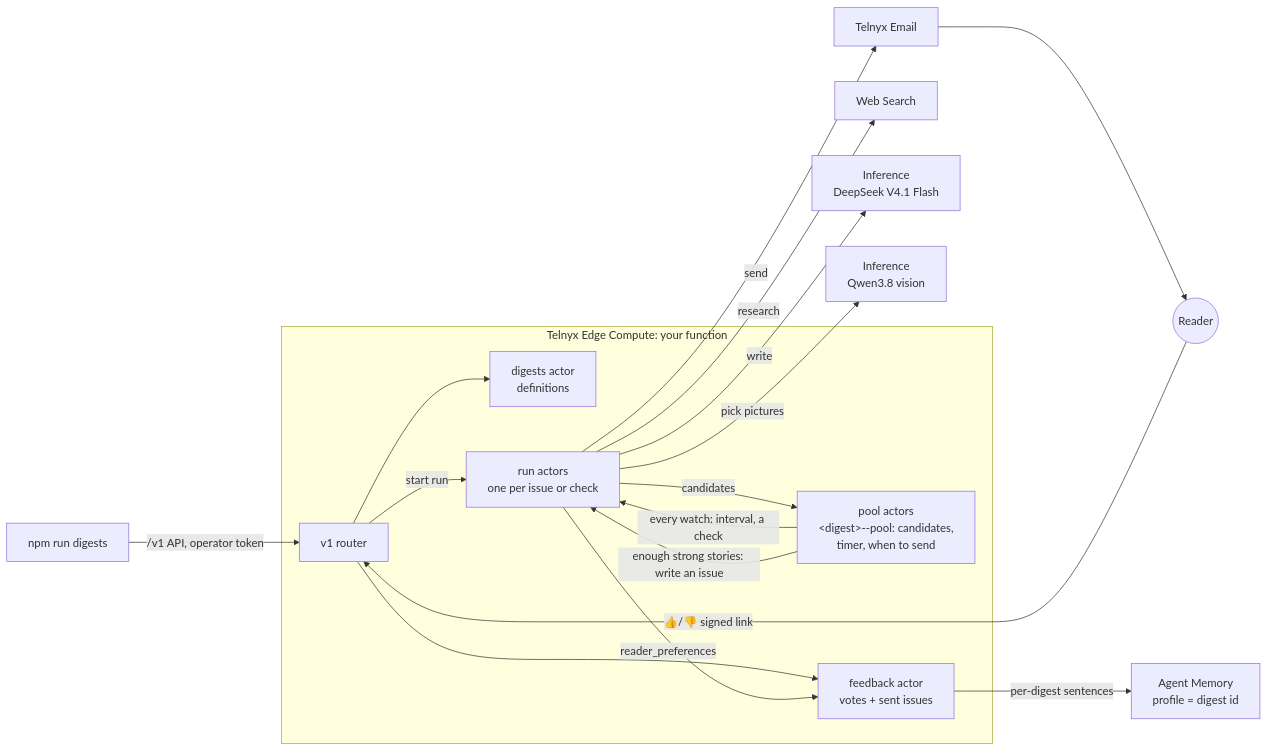
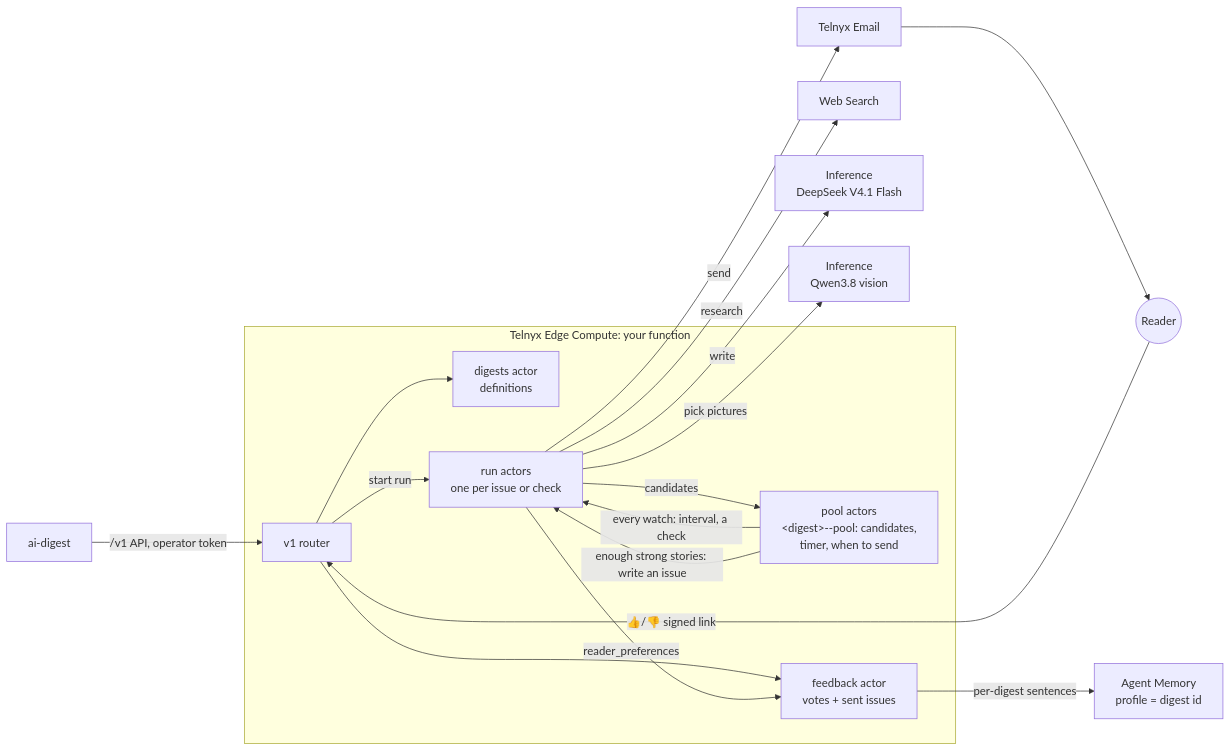
Before and after one commit to kubaodias/ai-digest: the diagram in README.md, drawn with Mermaid. The commit also changed other lines of this file and 23 other files, not shown here.

Commit message:
The ai-digest command (bin, npm link) wrapping the scripts; docs use it; Agent Memory example without "Weekly"

````diff
--- a/README.md
+++ b/README.md
@@ -67,25 +67,25 @@
 ```mermaid
 flowchart LR
-  CLI[npm run digests] -->|"/v1 API, operator token"| R
+  CLI[ai-digest] -->|"/v1 API, operator token"| R
   subgraph EC[Telnyx Edge Compute: your function]
     R[v1 router]
     D[digests actor<br/>definitions]
     A["run actors<br/>one per issue or check"]
     P["pool actors<br/>&lt;digest&gt;--pool: candidates,<br/>timer, when to send"]
     F[feedback actor<br/>votes + sent issues]
   end
   R --> D
   R -->|start run| A
   P -->|"every watch: interval, a check"| A
   A -->|candidates| P
   P -->|"enough strong stories: write an issue"| A
   A -->|research| WS[Web Search]
   A -->|write| LLM[Inference<br/>DeepSeek V4.1 Flash]
   A -->|pick pictures| V[Inference<br/>Qwen3.8 vision]
   A -->|send| EM[Telnyx Email]
   EM --> Reader((Reader))
   Reader -->|"👍/👎 signed link"| R
   R --> F
   F -->|per-digest sentences| M[Agent Memory<br/>profile = digest id]
   A -->|reader_preferences| F
 ```
````
